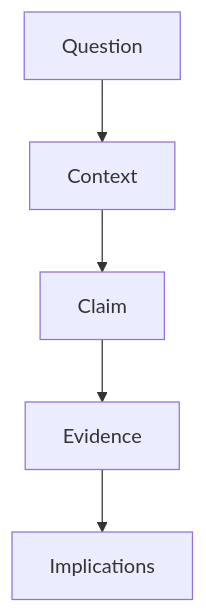
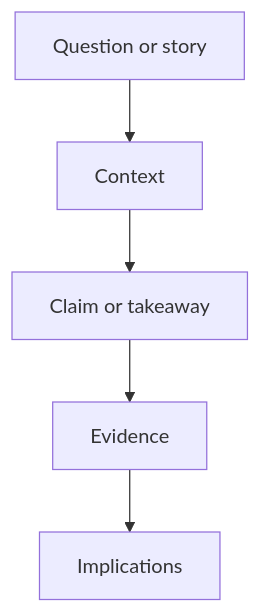
The first of 2 diagrams in _posts/2026-04-30-welcome-to-cohere-labs-blog.md (Cohere-Labs-Community/blog), drawn with Mermaid before and after one commit. The commit also changed other lines of this file and 2 other files, not shown here.

````diff
--- a/_posts/2026-04-30-welcome-to-cohere-labs-blog.md
+++ b/_posts/2026-04-30-welcome-to-cohere-labs-blog.md
@@ -64,7 +103,7 @@
 ```mermaid
 flowchart TD
-  Question[Question] --> Context[Context]
-  Context --> Claim[Claim]
+  Question[Question or story] --> Context[Context]
+  Context --> Claim[Claim or takeaway]
   Claim --> Evidence[Evidence]
   Evidence --> Implications[Implications]
 ```
````
